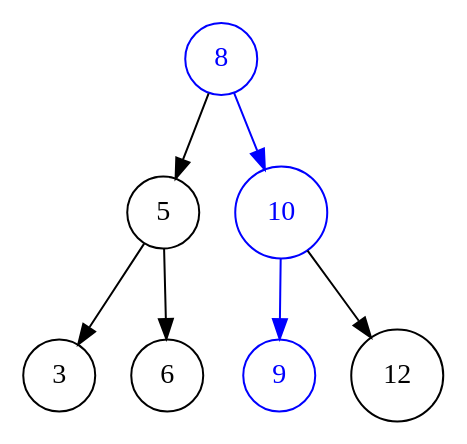
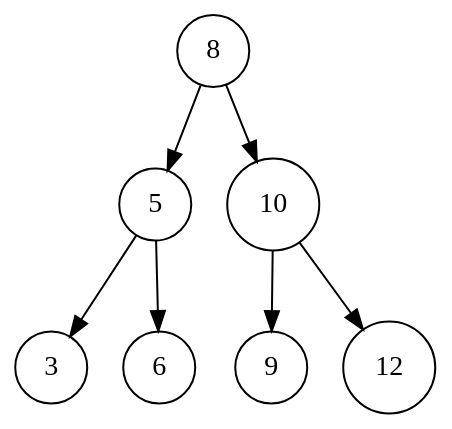
One commit to nrinaudo/nrinaudo.github.com changed the diagram in src/hakyll/images/binary-search-trees/contains9.dot. Above: the diagram before and after it, drawn with Graphviz. The commit also changed 6 other files, not shown here.

```diff
--- a/src/hakyll/images/binary-search-trees/contains9.dot
+++ b/src/hakyll/images/binary-search-trees/contains9.dot
@@ -1,17 +1,18 @@
 digraph simple {
+    bgcolor="transparent"
     node  [shape=circle]
     graph [ordering=out]
 
-    8  [fontcolor=blue color=blue]
-    10 [fontcolor=blue color=blue]
-    9  [fontcolor=blue color=blue]
+    8  [nodetype=marked]
+    10 [nodetype=marked]
+    9  [nodetype=marked]
 
     8 -> 5
-    8 -> 10 [color=blue]
+    8 -> 10 [edgetype=marked]
 
     5 -> 3
     5 -> 6
 
-    10 -> 9 [color=blue]
+    10 -> 9 [edgetype=marked]
     10 -> 12
 }
```
